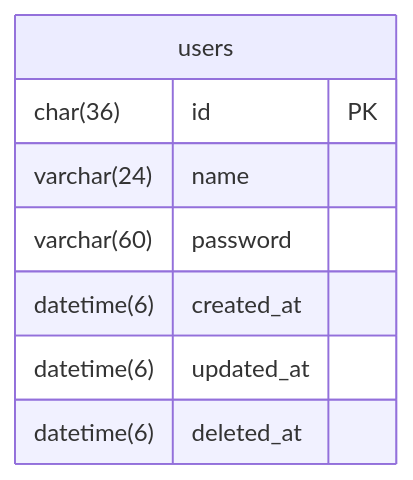
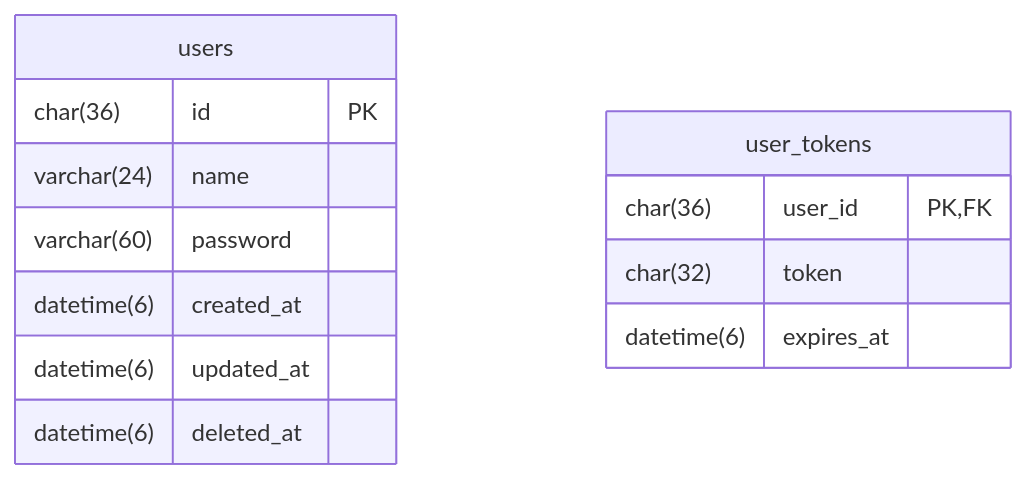
The diagram in docs/er-diagram.md (atsumarukun/holos-auth-api), drawn with Mermaid before and after one commit. The commit also changed other lines of this file, not shown here.

Commit message:
update: ER図にユーザートークンテーブルを追加.

````diff
--- a/docs/er-diagram.md
+++ b/docs/er-diagram.md
@@ -3,12 +3,18 @@
 ```mermaid
 erDiagram
 
 users {
   char(36) id PK
   varchar(24) name
   varchar(60) password
   datetime(6) created_at
   datetime(6) updated_at
   datetime(6) deleted_at
 }
+
+user_tokens {
+  char(36) user_id PK, FK
+  char(32) token
+  datetime(6) expires_at
+}
 ```
````
